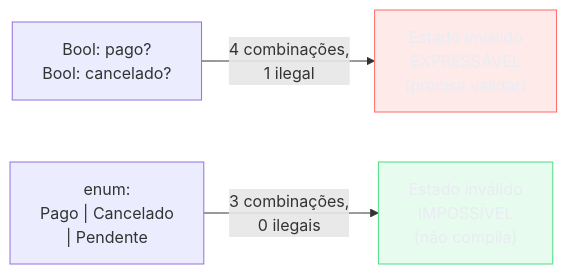
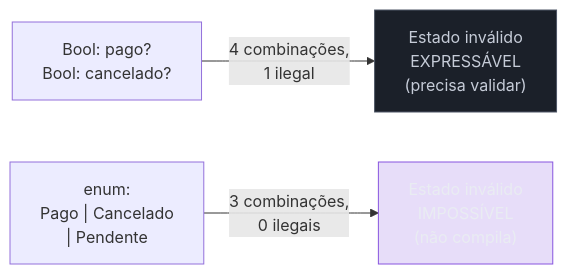
The fifth of 5 diagrams in 03-Dominios/Ciência/Paradigmas/13 - Sistemas de tipos.md (josenaldo/codex-technomanticus), drawn with Mermaid before and after one commit. The commit also changed other lines of this file and 601 other files, not shown here.

````diff
--- a/03-Dominios/Ciência/Paradigmas/13 - Sistemas de tipos.md
+++ b/03-Dominios/Ciência/Paradigmas/13 - Sistemas de tipos.md
@@ -211,9 +211,9 @@
 ```mermaid
 flowchart LR
-    classDef falha fill:#FF6B6B24,stroke:#FF6B6B,color:#E9ECF2
-    classDef ok fill:#4ADE8021,stroke:#4ADE80,color:#E9ECF2
+    classDef marca fill:#8855DF33,stroke:#8855DF,color:#E9ECF2
+    classDef neutro fill:#1B2029,stroke:#4E5666,color:#C6CCD8
     A["Bool: pago?<br/>Bool: cancelado?"] -->|"4 combinações,<br/>1 ilegal"| B["Estado inválido<br/>EXPRESSÁVEL<br/>(precisa validar)"]
     C["enum:<br/>Pago | Cancelado<br/>| Pendente"] -->|"3 combinações,<br/>0 ilegais"| D["Estado inválido<br/>IMPOSSÍVEL<br/>(não compila)"]
-    class B falha
-    class D ok
+    class B neutro
+    class D marca
 ```
````
